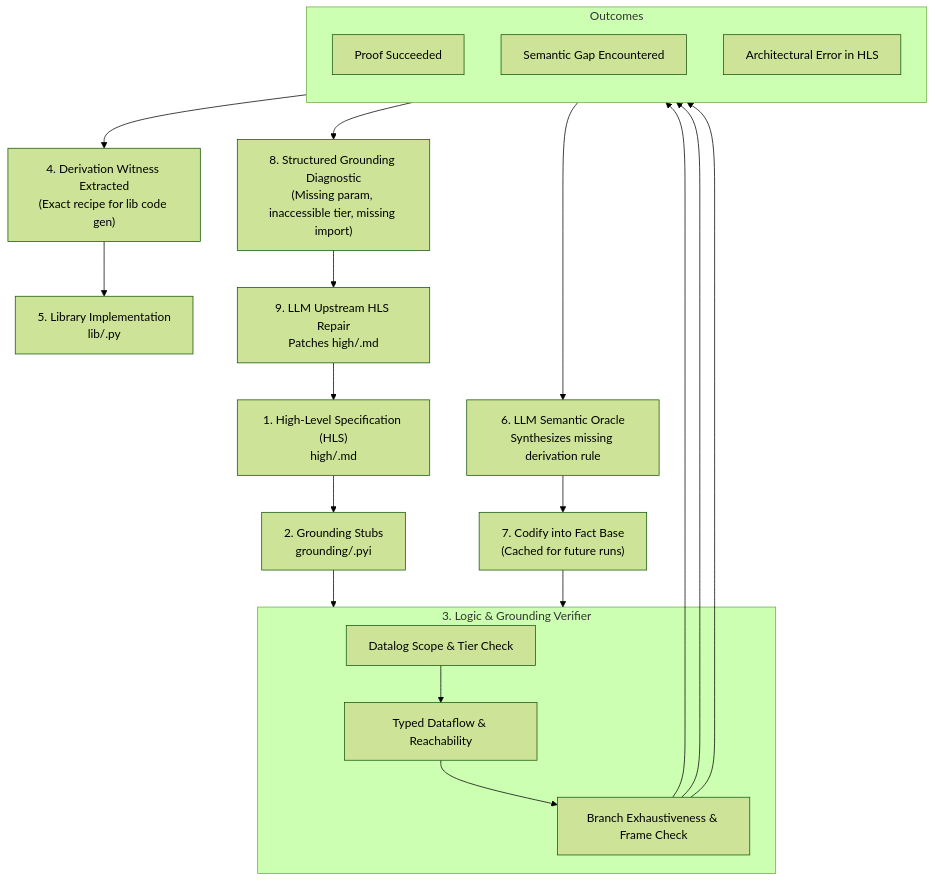
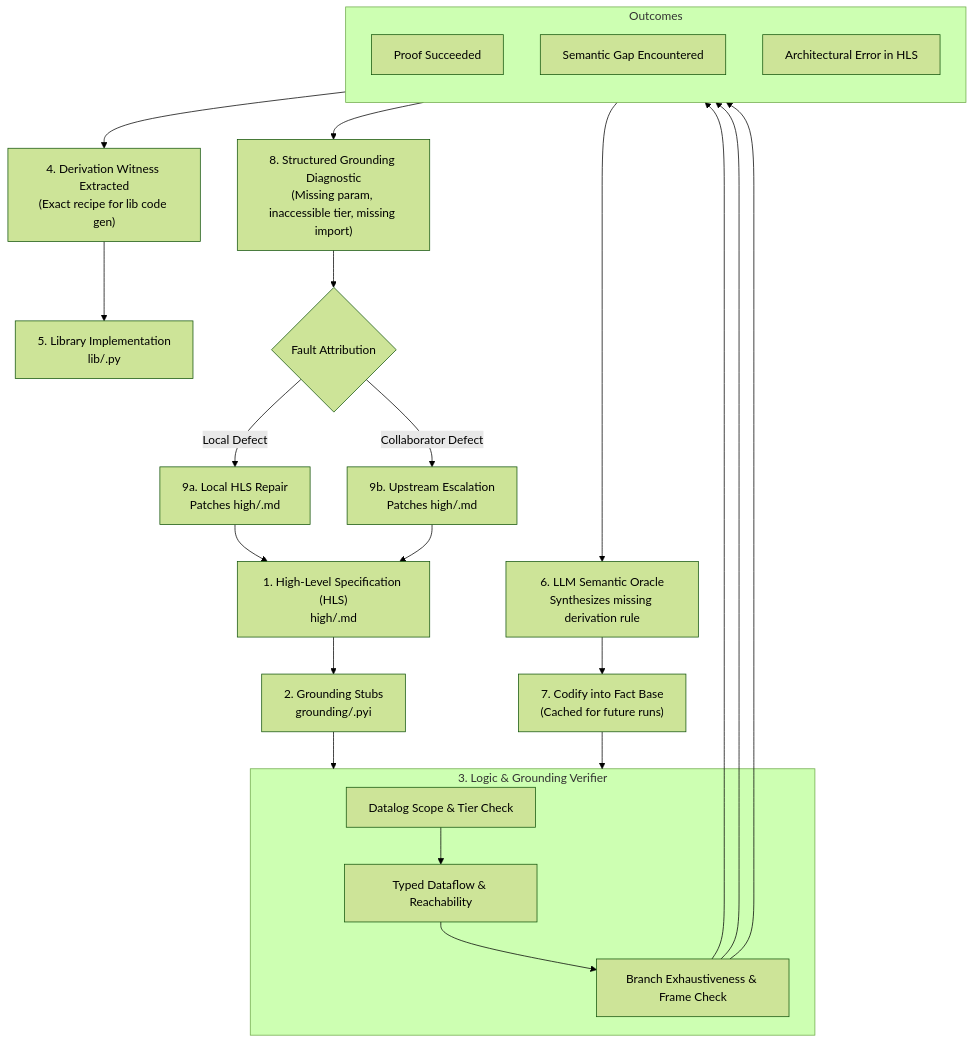
The second of 2 diagrams in design-docs/logic_based_grounding_verification.md (mcdirmid/cleanroom), drawn with Mermaid (forest theme) before and after one commit. The commit also changed other lines of this file and 11 other files, not shown here.

````diff
--- a/design-docs/logic_based_grounding_verification.md
+++ b/design-docs/logic_based_grounding_verification.md
@@ -207,38 +207,41 @@
 ```mermaid
 flowchart TD
     HLS["1. High-Level Specification (HLS)<br/>high/<name>.md"]
     Grounding["2. Grounding Stubs<br/>grounding/<name>.pyi"]
     
     HLS --> Grounding
     
     subgraph Verifier["3. Logic & Grounding Verifier"]
         ScopeCheck["Datalog Scope & Tier Check"]
         FlowCheck["Typed Dataflow & Reachability"]
         BranchCheck["Branch Exhaustiveness & Frame Check"]
         ScopeCheck --> FlowCheck --> BranchCheck
     end
     
     Grounding --> Verifier
     
     subgraph Outcome["Outcomes"]
         direction TB
         Pass["Proof Succeeded"]
         Gap["Semantic Gap Encountered"]
         Fail["Architectural Error in HLS"]
     end
     
     BranchCheck --> Pass
     BranchCheck --> Gap
     BranchCheck --> Fail
     
     Pass --> Witness["4. Derivation Witness Extracted<br/>(Exact recipe for lib code gen)"]
     Witness --> LibGen["5. Library Implementation<br/>lib/<name>.py"]
     
     Gap --> LLMOracle["6. LLM Semantic Oracle<br/>Synthesizes missing derivation rule"]
     LLMOracle --> RuleCache["7. Codify into Fact Base<br/>(Cached for future runs)"]
     RuleCache --> Verifier
     
     Fail --> Diagnostic["8. Structured Grounding Diagnostic<br/>(Missing param, inaccessible tier, missing import)"]
-    Diagnostic --> HLSRepair["9. LLM Upstream HLS Repair<br/>Patches high/<name>.md"]
+    Diagnostic --> FaultRouter{"Fault Attribution"}
+    FaultRouter -- "Local Defect" --> HLSRepair["9a. Local HLS Repair<br/>Patches high/<name>.md"]
+    FaultRouter -- "Collaborator Defect" --> UpstreamRepair["9b. Upstream Escalation<br/>Patches high/<collaborator>.md"]
     HLSRepair --> HLS
+    UpstreamRepair --> HLS
 ```
````
